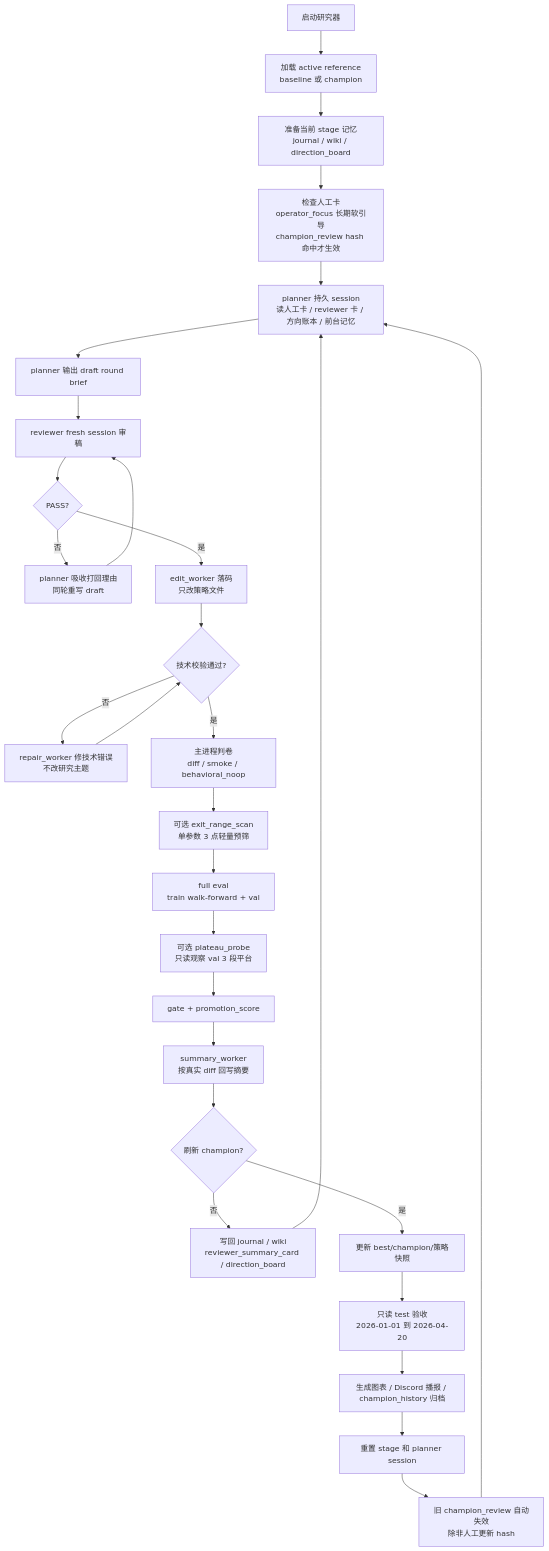
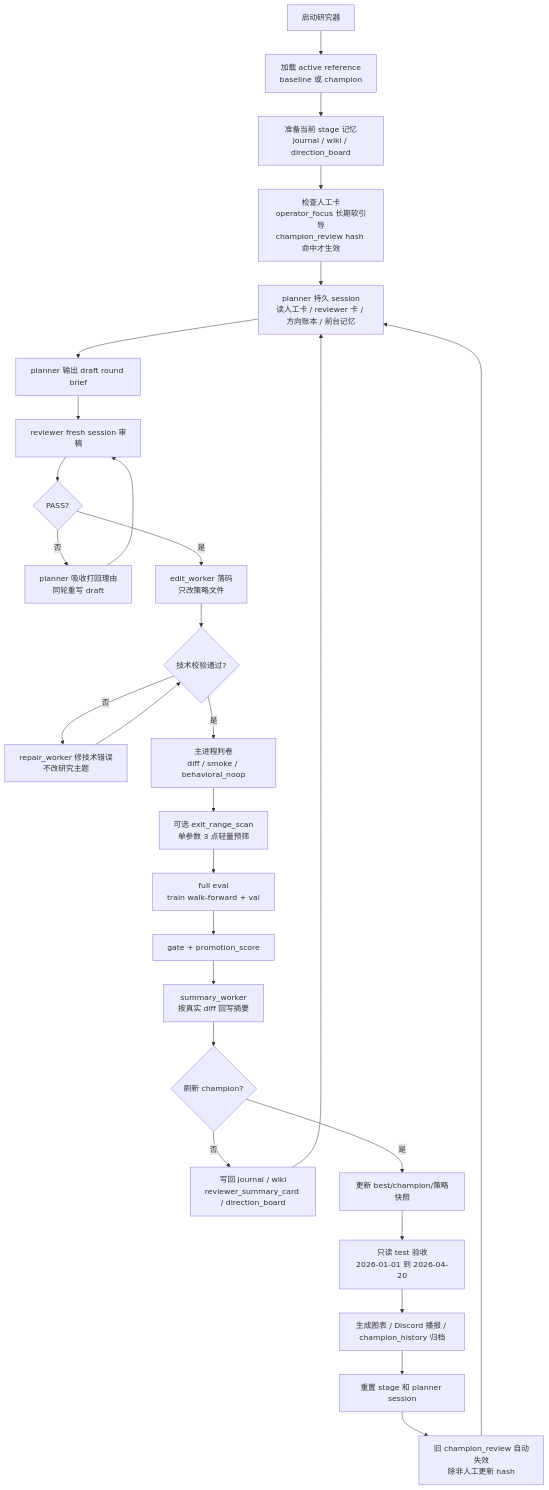
Before and after one commit to 398494308/Quant-AI-Research: the diagram in docs/agent_subagent_workflow.md, drawn with Mermaid. The commit also changed other lines of this file and 16 other files, not shown here.

````diff
--- a/docs/agent_subagent_workflow.md
+++ b/docs/agent_subagent_workflow.md
@@ -7,37 +7,36 @@
 ```mermaid
 flowchart TB
     A[启动研究器] --> B[加载 active reference<br/>baseline 或 champion]
     B --> C[准备当前 stage 记忆<br/>journal / wiki / direction_board]
     C --> D[检查人工卡<br/>operator_focus 长期软引导<br/>champion_review hash 命中才生效]
 
     D --> E[planner 持久 session<br/>读人工卡 / reviewer 卡 / 方向账本 / 前台记忆]
     E --> F[planner 输出 draft round brief]
     F --> G[reviewer fresh session 审稿]
     G --> H{PASS?}
 
     H -- 否 --> I[planner 吸收打回理由<br/>同轮重写 draft]
     I --> G
 
     H -- 是 --> J[edit_worker 落码<br/>只改策略文件]
     J --> K{技术校验通过?}
     K -- 否 --> L[repair_worker 修技术错误<br/>不改研究主题]
     L --> K
 
     K -- 是 --> M[主进程判卷<br/>diff / smoke / behavioral_noop]
     M --> N[可选 exit_range_scan<br/>单参数 3 点轻量预筛]
     N --> O[full eval<br/>train walk-forward + val]
-    O --> P[可选 plateau_probe<br/>只读观察 val 3 段平台]
-    P --> Q[gate + promotion_score]
+    O --> Q[gate + promotion_score]
     Q --> R[summary_worker<br/>按真实 diff 回写摘要]
     R --> S{刷新 champion?}
 
     S -- 否 --> T[写回 journal / wiki<br/>reviewer_summary_card / direction_board]
     T --> E
 
     S -- 是 --> U[更新 best/champion/策略快照]
     U --> V[只读 test 验收<br/>2026-01-01 到 2026-04-20]
     V --> W[生成图表 / Discord 播报 / champion_history 归档]
     W --> X[重置 stage 和 planner session]
     X --> Y[旧 champion_review 自动失效<br/>除非人工更新 hash]
     Y --> E
 ```
````
